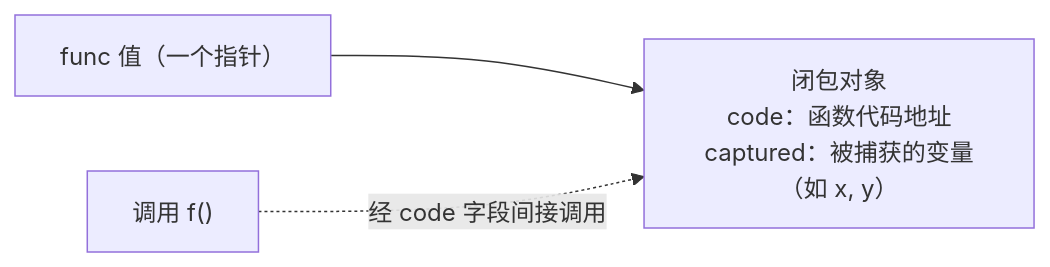
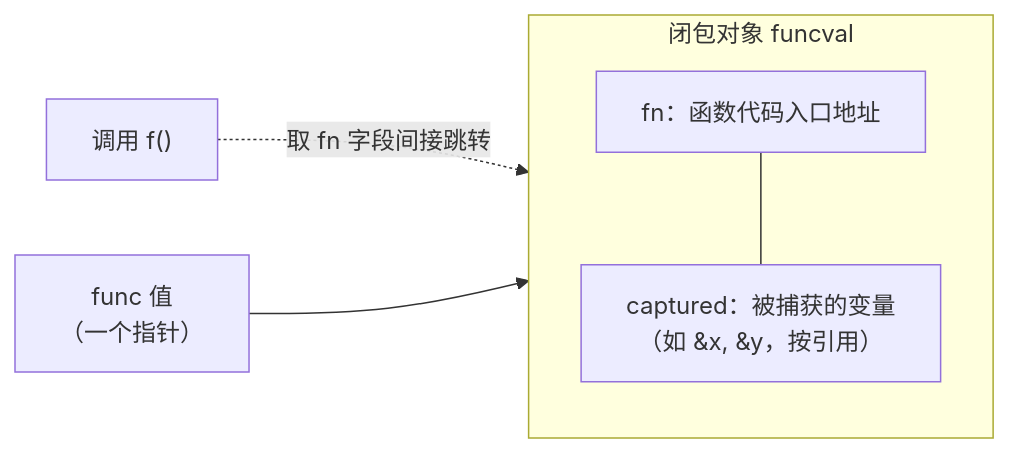
The diagram in book/zh-cn/part2lang/ch06func/func.md (golang-design/under-the-hood), drawn with Mermaid before and after one commit. The commit also changed other lines of this file and 7 other files, not shown here.

````diff
--- a/book/zh-cn/part2lang/ch06func/func.md
+++ b/book/zh-cn/part2lang/ch06func/func.md
@@ -17,5 +31,11 @@
 ```mermaid
 flowchart LR
-    FV["func 值（一个指针）"] --> S["闭包对象<br/>code：函数代码地址<br/>captured：被捕获的变量（如 x, y）"]
-    CALL["调用 f()"] -.->|经 code 字段间接调用| S
+    FV["func 值<br/>（一个指针）"] --> CO
+    subgraph CO["闭包对象 funcval"]
+        direction TB
+        FN["fn：函数代码入口地址"]
+        CAP["captured：被捕获的变量<br/>（如 &x, &y，按引用）"]
+        FN --- CAP
+    end
+    CALL["调用 f()"] -.->|取 fn 字段间接跳转| FN
 ```
````
